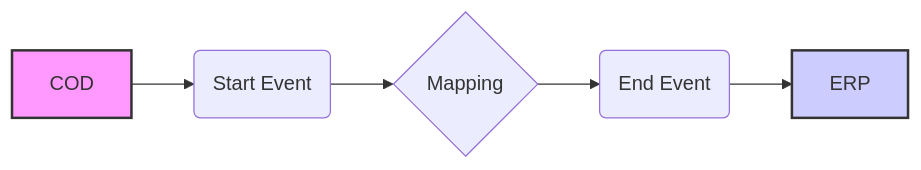
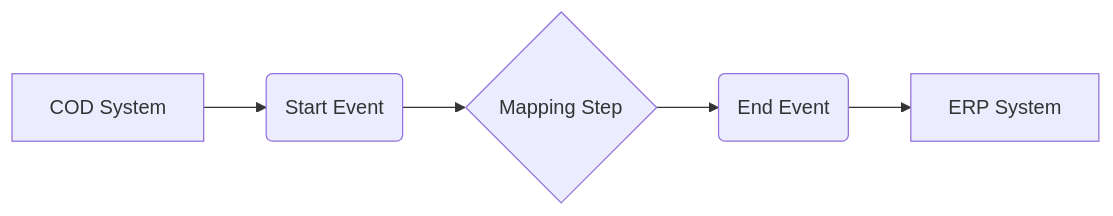
The diagram in MMZ - Cell Iflows/Check_Connectivity_to_SAP_Business_Suite_MMZ-1.0.4/readme.md (Avvale-IA-CICD/AvvaleCPI), drawn with Mermaid before and after one commit. The commit also changed other lines of this file, not shown here.

````diff
--- a/MMZ - Cell Iflows/Check_Connectivity_to_SAP_Business_Suite_MMZ-1.0.4/readme.md
+++ b/MMZ - Cell Iflows/Check_Connectivity_to_SAP_Business_Suite_MMZ-1.0.4/readme.md
@@ -4,9 +4,7 @@
 ```mermaid
 graph LR
-    A[COD] --> B(Start Event)
-    B --> C{Mapping}
-    C --> D(End Event)
-    D --> E[ERP]
-    style A fill:#f9f,stroke:#333,stroke-width:2px
-    style E fill:#ccf,stroke:#333,stroke-width:2px
+    COD[COD System] --> StartEvent(Start Event)
+    StartEvent --> Mapping{Mapping Step}
+    Mapping --> EndEvent(End Event)
+    EndEvent --> ERP[ERP System]
 ```
````
